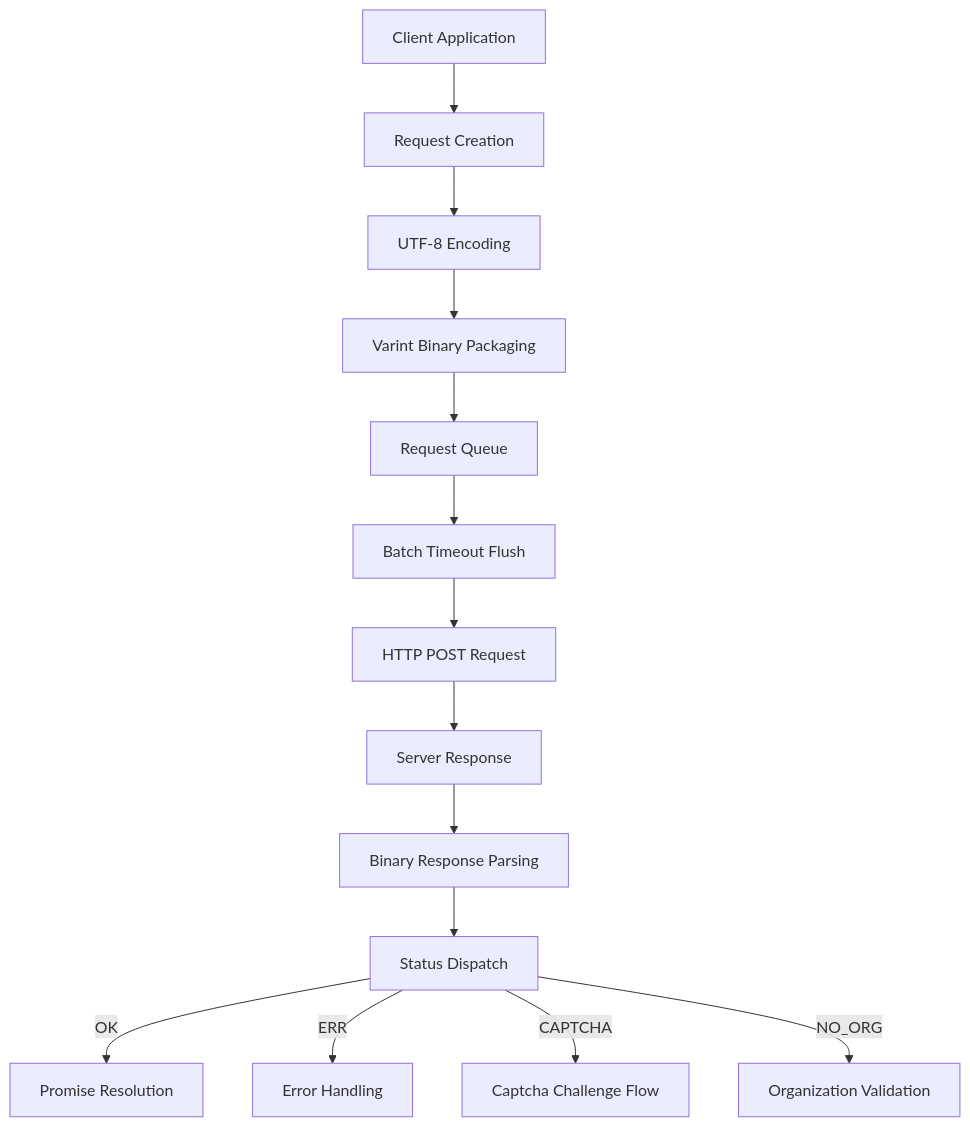
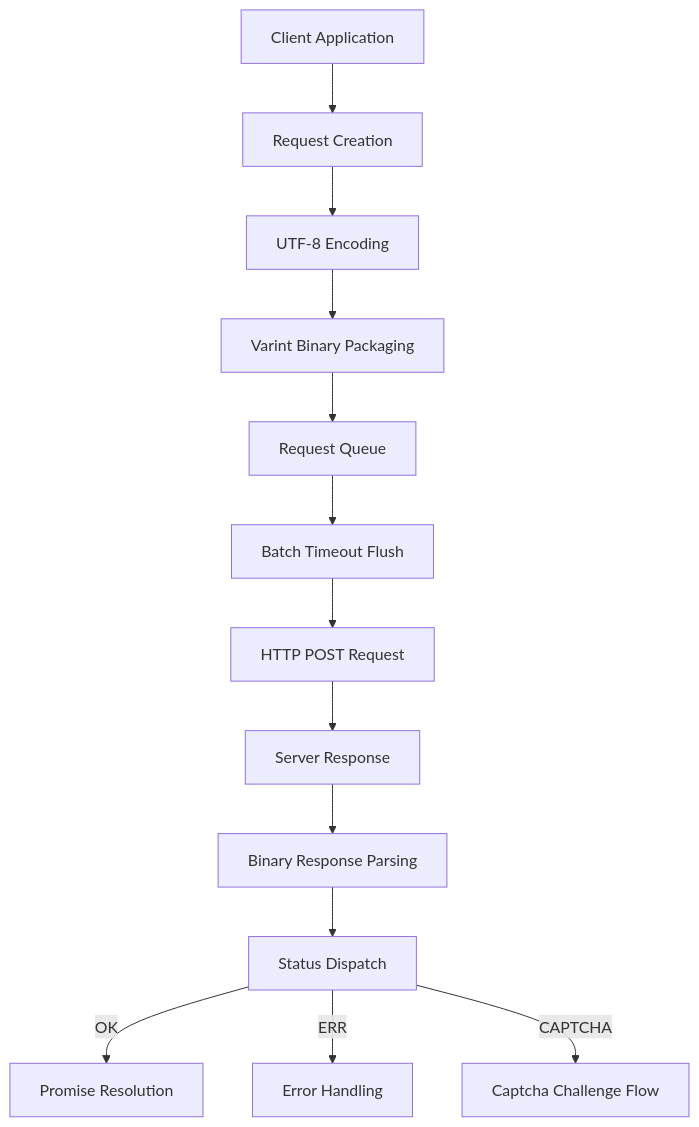
One commit to webc-site/npm changed the diagram in protoapi/readme/en/README.md. Above: the diagram before and after it, drawn with Mermaid. The commit also changed other lines of this file and 1 other file, not shown here.

Commit message:
feat: add setCaptcha function and remove NO_ORG status constant

````diff
--- a/protoapi/readme/en/README.md
+++ b/protoapi/readme/en/README.md
@@ -48,16 +51,15 @@
 ```mermaid
 graph TD
   A[Client Application] --> B[Request Creation]
   B --> C[UTF-8 Encoding]
   C --> D[Varint Binary Packaging]
   D --> E[Request Queue]
   E --> F[Batch Timeout Flush]
   F --> G[HTTP POST Request]
   G --> H[Server Response]
   H --> I[Binary Response Parsing]
   I --> J[Status Dispatch]
   J -->|OK| K[Promise Resolution]
   J -->|ERR| L[Error Handling]
   J -->|CAPTCHA| M[Captcha Challenge Flow]
-  J -->|NO_ORG| N[Organization Validation]
 ```
````
